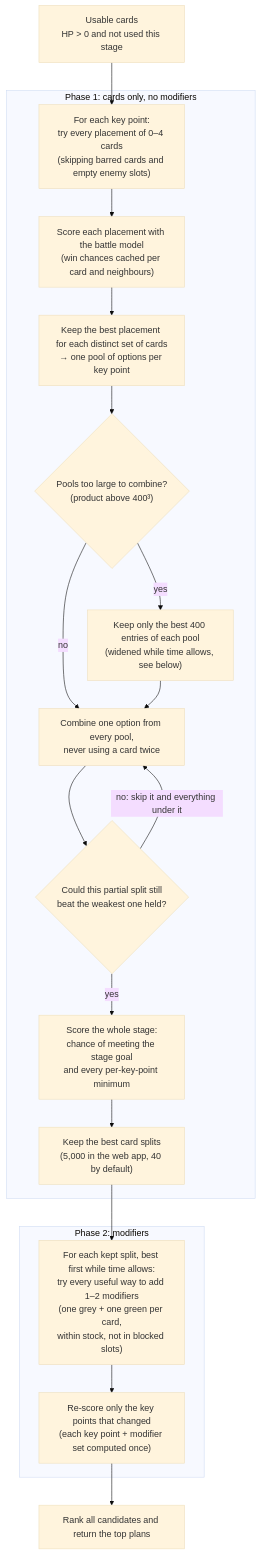
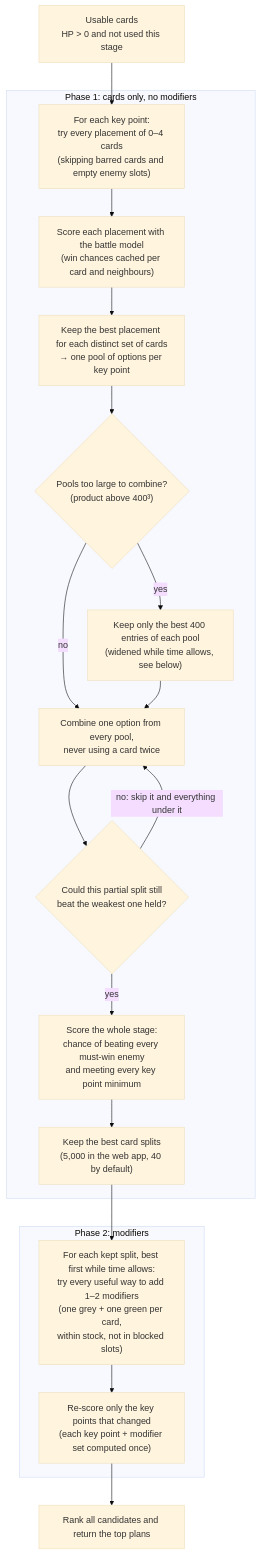
Before and after one commit to zobayer1/wowscardsolver: the second of 3 diagrams in docs/SOLVER.md, drawn with Mermaid (base theme). The commit also changed other lines of this file and 11 other files, not shown here.

First line of the commit message:
Remove the stage environment and stage goal; settings live on each key point

````diff
--- a/docs/SOLVER.md
+++ b/docs/SOLVER.md
@@ -33,27 +34,27 @@
 ```mermaid
 flowchart TD
     A["Usable cards<br/>HP > 0 and not used this stage"] --> B
 
     subgraph P1 ["Phase 1: cards only, no modifiers"]
         B["For each key point:<br/>try every placement of 0–4 cards<br/>(skipping barred cards and empty enemy slots)"]
         B --> C["Score each placement with the battle model<br/>(win chances cached per card and neighbours)"]
         C --> D["Keep the best placement for each distinct set of cards<br/>→ one pool of options per key point"]
         D --> T{"Pools too large to combine?<br/>(product above 400³)"}
         T -- yes --> T2["Keep only the best 400 entries of each pool<br/>(widened while time allows, see below)"]
         T -- no --> X
         T2 --> X["Combine one option from every pool,<br/>never using a card twice"]
         X --> BB{"Could this partial split still<br/>beat the weakest one held?"}
         BB -- "no: skip it and everything under it" --> X
-        BB -- yes --> Y["Score the whole stage:<br/>chance of meeting the stage goal<br/>and every per-key-point minimum"]
+        BB -- yes --> Y["Score the whole stage:<br/>chance of beating every must-win enemy<br/>and meeting every key point minimum"]
         Y --> Z["Keep the best card splits<br/>(5,000 in the web app, 40 by default)"]
     end
 
     Z --> M1
 
     subgraph P2 ["Phase 2: modifiers"]
         M1["For each kept split, best first while time allows:<br/>try every useful way to add 1–2 modifiers<br/>(one grey + one green per card,<br/>within stock, not in blocked slots)"]
         M1 --> M2["Re-score only the key points that changed<br/>(each key point + modifier set computed once)"]
     end
 
     M2 --> O["Rank all candidates and return the top plans"]
 ```
````
